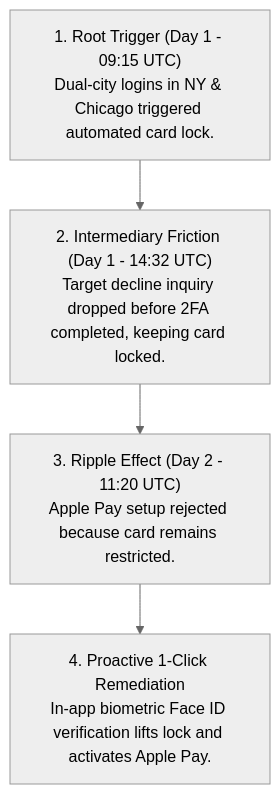
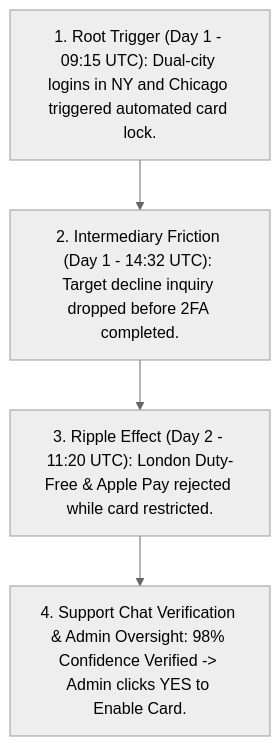
The fourth of 4 diagrams in README.md (vahuja4/jpmc-memory-bank-evals), drawn with Mermaid (neutral theme) before and after one commit. The commit also changed other lines of this file and 21 other files, not shown here.

Commit message:
feat: Vertex AI Memory Bank, text-embedding-005 Knowledge Catalog, Custom vs ADK comparison, claim-relevant veracity audit, and Admin Card Oversight workflow

````diff
--- a/README.md
+++ b/README.md
@@ -158,9 +156,9 @@
 ```mermaid
-graph TD
-    Trigger["1. Root Trigger (Day 1 - 09:15 UTC)<br/>Dual-city logins in NY & Chicago triggered automated card lock."]
-    Intermediary["2. Intermediary Friction (Day 1 - 14:32 UTC)<br/>Target decline inquiry dropped before 2FA completed, keeping card locked."]
-    Downstream["3. Ripple Effect (Day 2 - 11:20 UTC)<br/>Apple Pay setup rejected because card remains restricted."]
-    Resolution["4. Proactive 1-Click Remediation<br/>In-app biometric Face ID verification lifts lock and activates Apple Pay."]
+flowchart TD
+    Trigger["1. Root Trigger (Day 1 - 09:15 UTC): Dual-city logins in NY and Chicago triggered automated card lock."]
+    Intermediary["2. Intermediary Friction (Day 1 - 14:32 UTC): Target decline inquiry dropped before 2FA completed."]
+    Downstream["3. Ripple Effect (Day 2 - 11:20 UTC): London Duty-Free & Apple Pay rejected while card restricted."]
+    Resolution["4. Support Chat Verification & Admin Oversight: 98% Confidence Verified -> Admin clicks YES to Enable Card."]
 
     Trigger --> Intermediary --> Downstream --> Resolution
 ```
````
